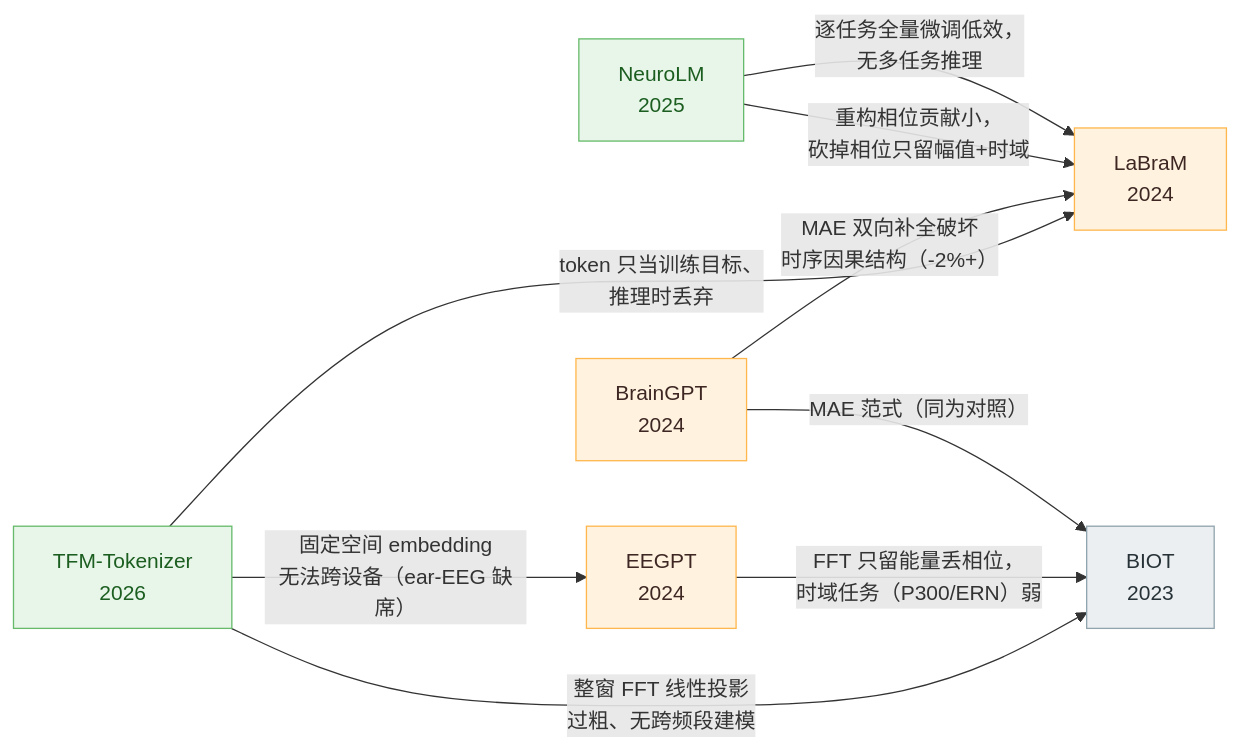
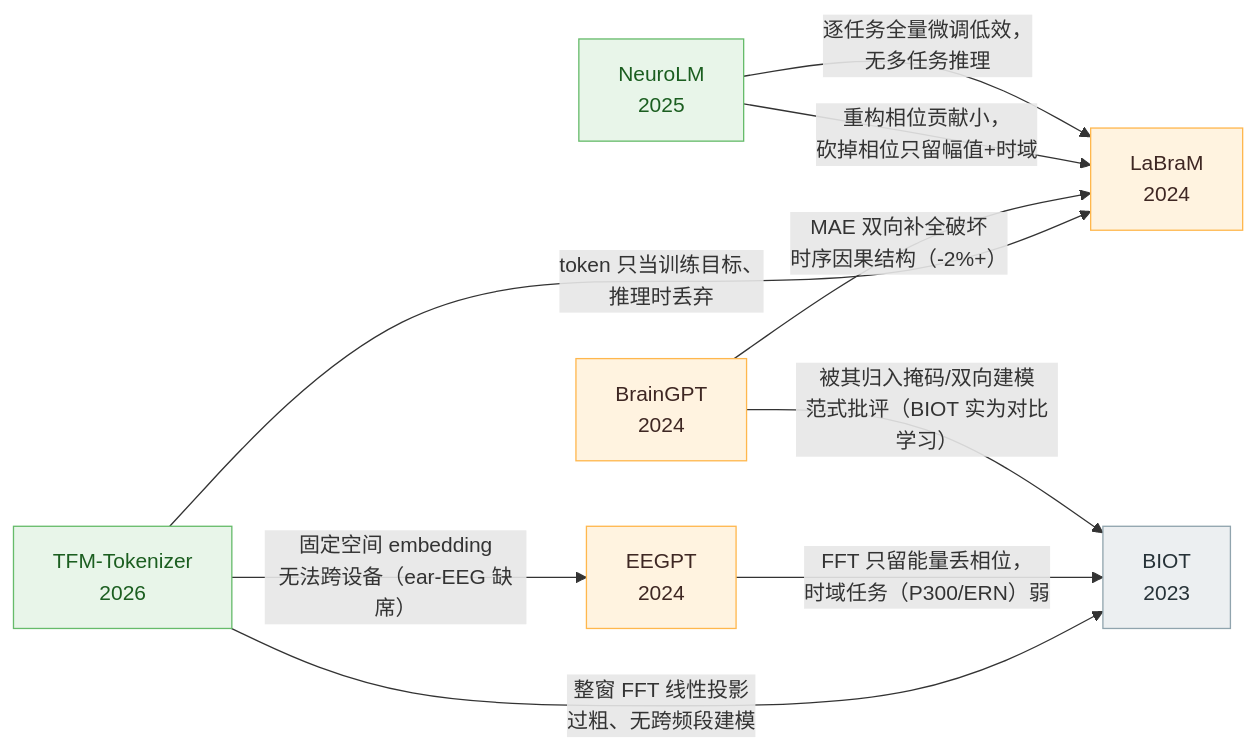
One commit to CyLin-CSU/paper-notes changed the diagram in docs/comparison.md. Above: the diagram before and after it, drawn with Mermaid. The commit also changed other lines of this file and 13 other files, not shown here.

````diff
--- a/docs/comparison.md
+++ b/docs/comparison.md
@@ -134,22 +133,22 @@
 ```mermaid
 flowchart LR
     BIOT["BIOT<br/>2023"]:::old
     LABRAM["LaBraM<br/>2024"]:::mid
     EEGPT["EEGPT<br/>2024"]:::mid
     BRAINGPT["BrainGPT<br/>2024"]:::mid
     NEUROLM["NeuroLM<br/>2025"]:::new
     TFM["TFM-Tokenizer<br/>2026"]:::new
 
     TFM -- "token 只当训练目标、<br/>推理时丢弃" --> LABRAM
     TFM -- "整窗 FFT 线性投影<br/>过粗、无跨频段建模" --> BIOT
     EEGPT -- "FFT 只留能量丢相位，<br/>时域任务（P300/ERN）弱" --> BIOT
     BRAINGPT -- "MAE 双向补全破坏<br/>时序因果结构（-2%+）" --> LABRAM
-    BRAINGPT -- "MAE 范式（同为对照）" --> BIOT
+    BRAINGPT -- "被其归入掩码/双向建模<br/>范式批评（BIOT 实为对比学习）" --> BIOT
     NEUROLM -- "重构相位贡献小，<br/>砍掉相位只留幅值+时域" --> LABRAM
     NEUROLM -- "逐任务全量微调低效，<br/>无多任务推理" --> LABRAM
     TFM -- "固定空间 embedding<br/>无法跨设备（ear-EEG 缺席）" --> EEGPT
 
     classDef old fill:#eceff1,stroke:#90a4ae,color:#263238
     classDef mid fill:#fff3e0,stroke:#ffb74d,color:#3e2723
     classDef new fill:#e8f5e9,stroke:#66bb6a,color:#1b5e20
 ```
````
